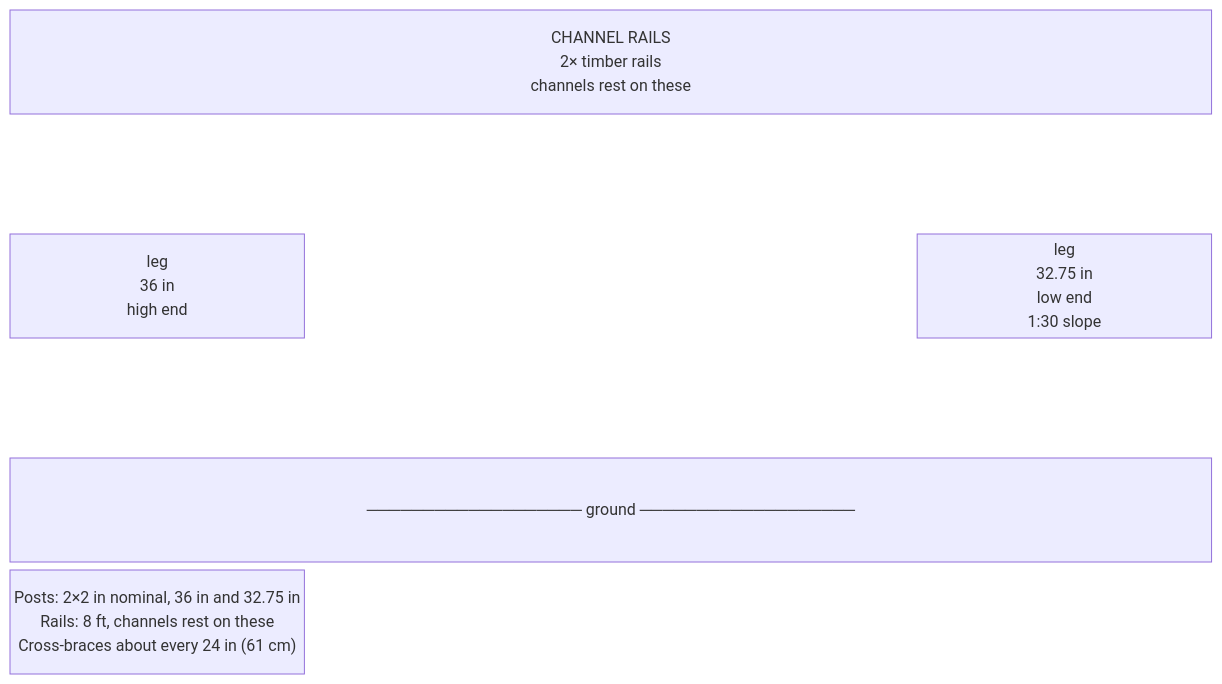
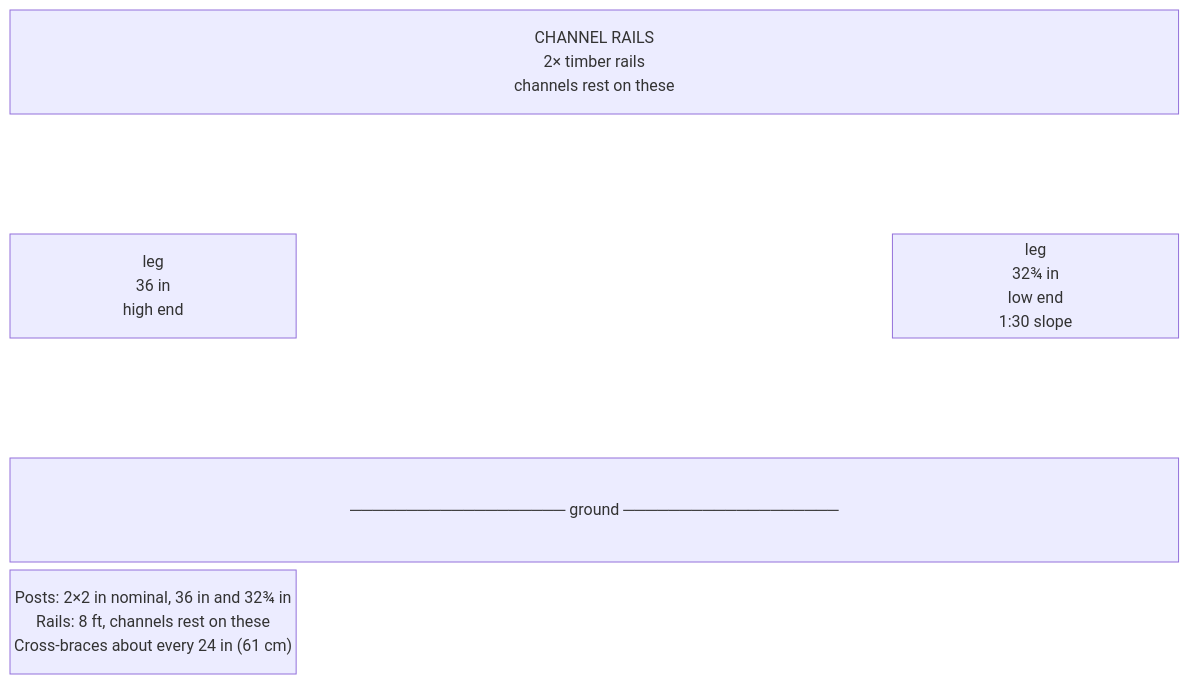
One commit to UncleJS/guide_hydroponics changed the sixth of 17 diagrams in guide/nft/11-build-guide.md. Above: the diagram before and after it, drawn with Mermaid. The commit also changed other lines of this file and 22 other files, not shown here.

````diff
--- a/guide/nft/11-build-guide.md
+++ b/guide/nft/11-build-guide.md
@@ -300,10 +300,10 @@
 ```mermaid
 block-beta
     columns 4
     rails["CHANNEL RAILS<br/>2× timber rails<br/>channels rest on these"]:4
     space:4
-    LEG1["leg<br/>36 in<br/>high end"] space:2 LEG4["leg<br/>32.75 in<br/>low end<br/>1:30 slope"]
+    LEG1["leg<br/>36 in<br/>high end"] space:2 LEG4["leg<br/>32¾ in<br/>low end<br/>1:30 slope"]
     space:4
     ground["─────────────────── ground ───────────────────"]:4
-    note["Posts: 2×2 in nominal, 36 in and 32.75 in<br/>Rails: 8 ft, channels rest on these<br/>Cross-braces about every 24 in (61 cm)"]
+    note["Posts: 2×2 in nominal, 36 in and 32¾ in<br/>Rails: 8 ft, channels rest on these<br/>Cross-braces about every 24 in (61 cm)"]
 ```
````
